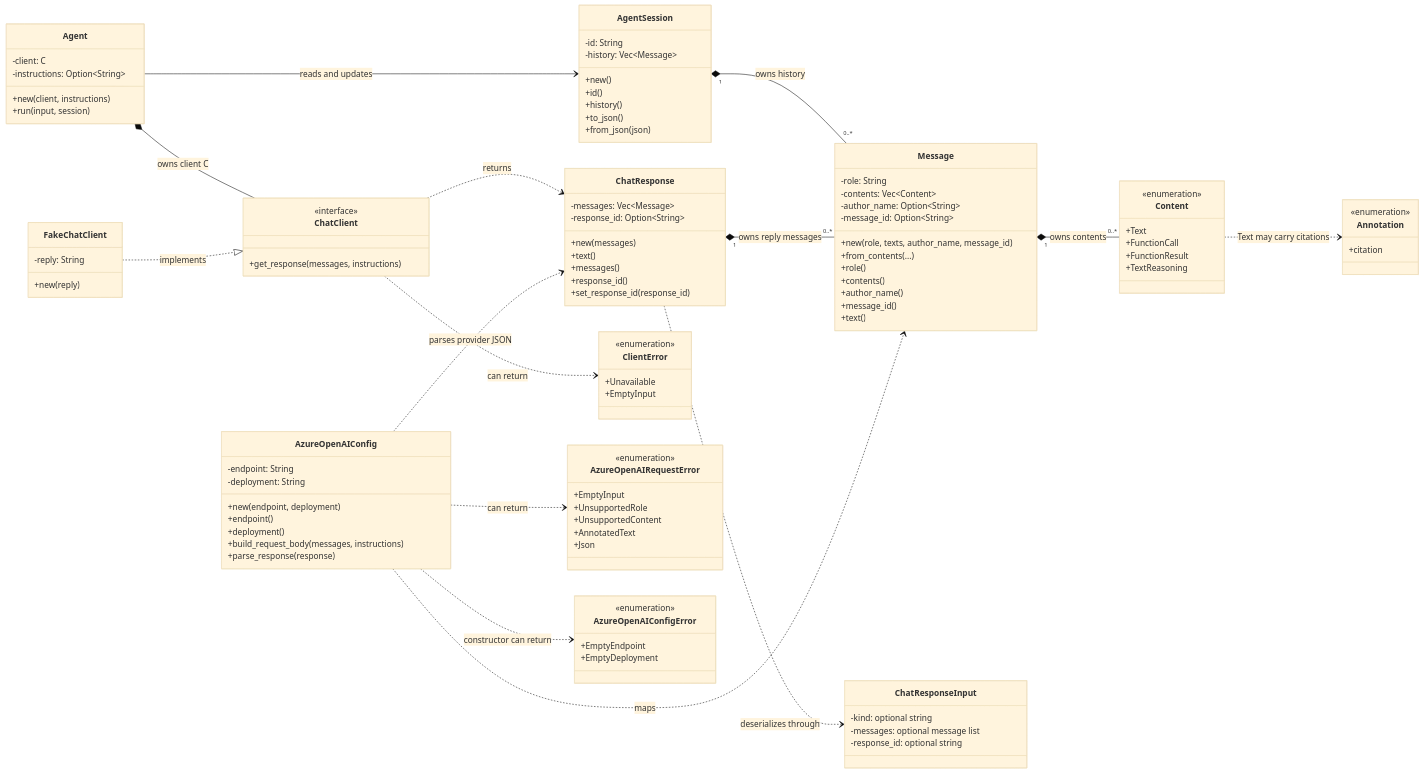
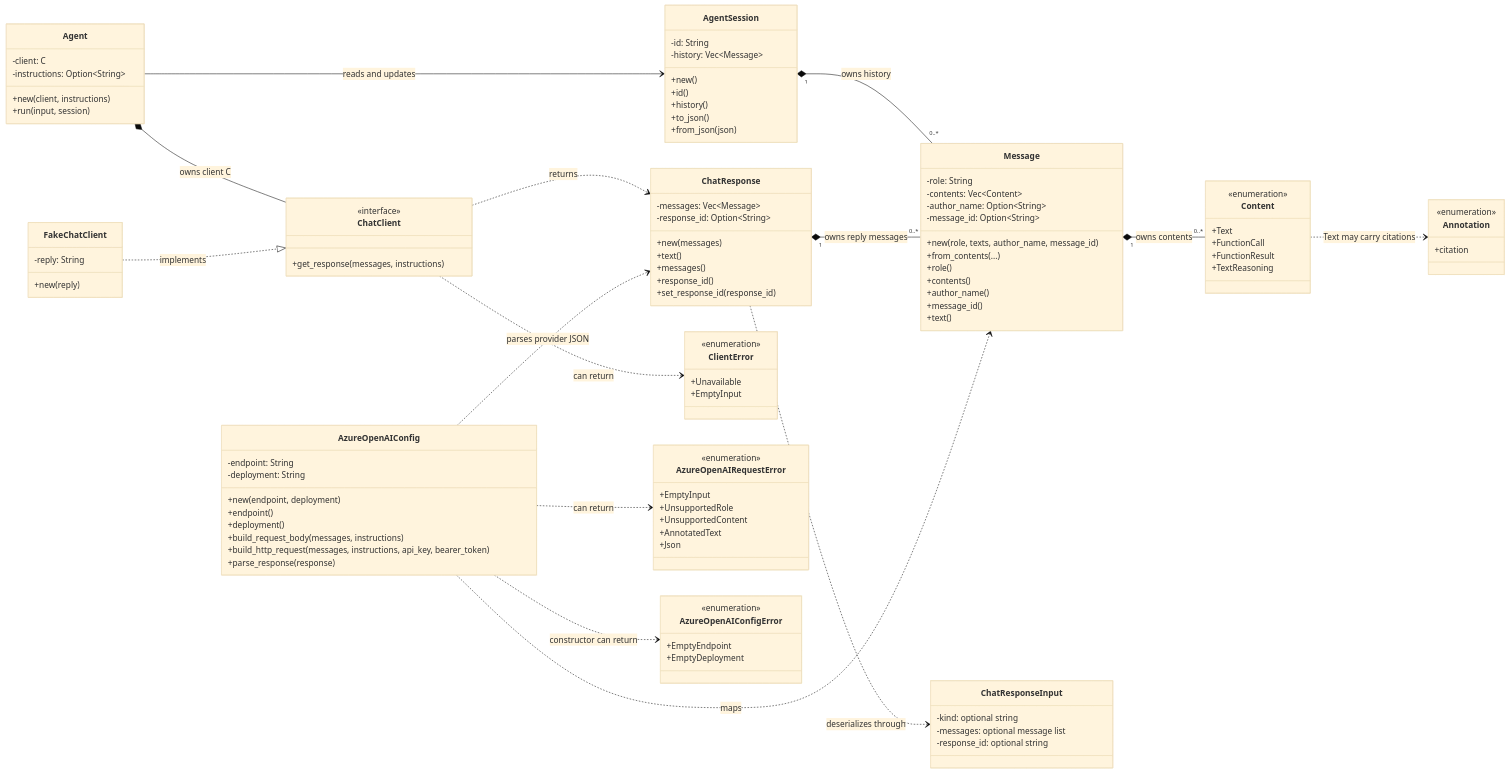
One commit to arashaga/rust-maf changed the first of 4 diagrams in docs/rust-maf-map.md. Above: the diagram before and after it, drawn with Mermaid (base theme). The commit also changed other lines of this file and 3 other files, not shown here.

```diff
--- a/docs/rust-maf-map.md
+++ b/docs/rust-maf-map.md
@@ -96,6 +96,7 @@
   +endpoint()
   +deployment()
   +build_request_body(messages, instructions)
+  +build_http_request(messages, instructions, api_key, bearer_token)
   +parse_response(response)
 }
 
```
